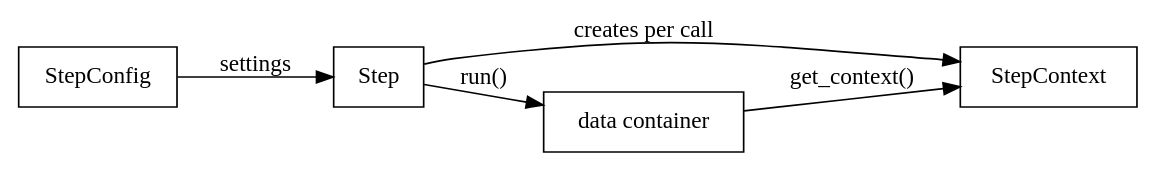
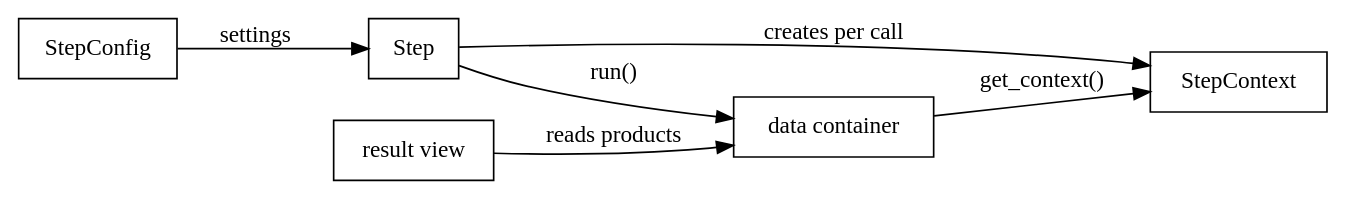
One commit to toltec-astro/tollan changed the diagram in docs/pipelines.md. Above: the diagram before and after it, drawn with Graphviz. The commit also changed other lines of this file and 14 other files, not shown here.

````diff
--- a/docs/pipelines.md
+++ b/docs/pipelines.md
@@ -21,10 +26,11 @@
 ```{graphviz}
 digraph step {
     rankdir=LR;
     node [shape=box];
     StepConfig -> Step [label="settings"];
     Step -> StepContext [label="creates per call"];
     Step -> "data container" [label="run()"];
     "data container" -> StepContext [label="get_context()"];
+    "result view" -> "data container" [label="reads products"];
 }
 ```
````
